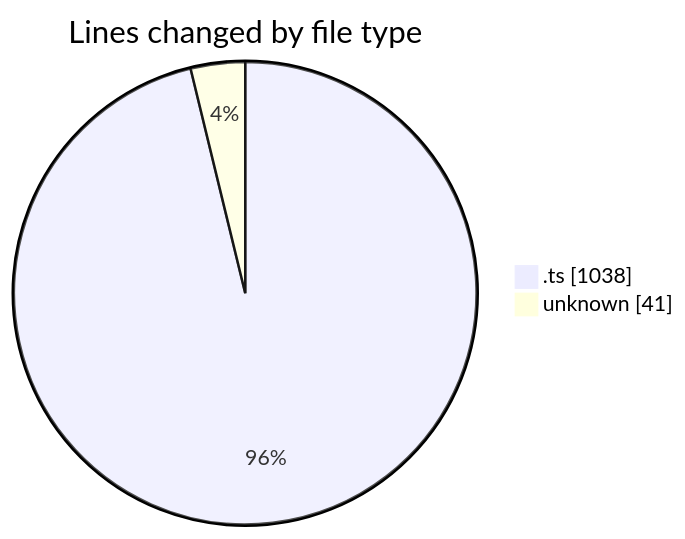
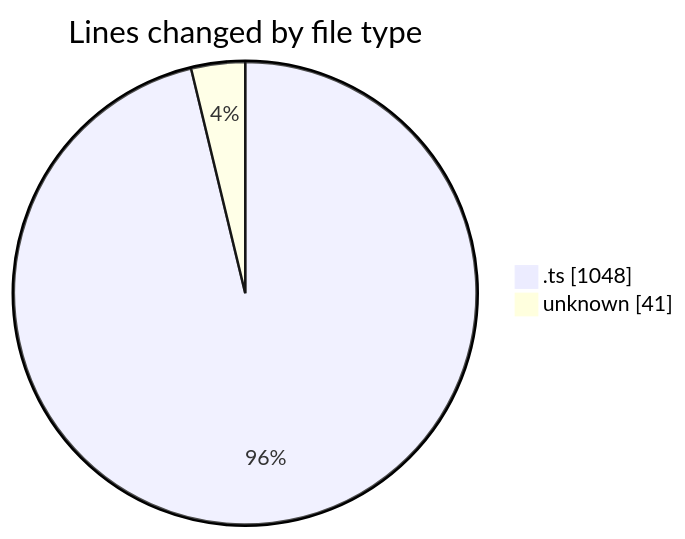
Before and after one commit to momahboobian/code-tracking: the first of 2 diagrams in 2025-08-11/cda/README.md, drawn with Mermaid. The commit also changed other lines of this file and 1 other file, not shown here.

````diff
--- a/2025-08-11/cda/README.md
+++ b/2025-08-11/cda/README.md
@@ -23,6 +23,6 @@
 ```mermaid
 pie showData
 title Lines changed by file type
-".ts" : 1038
+".ts" : 1048
 "unknown" : 41
 ```
````
